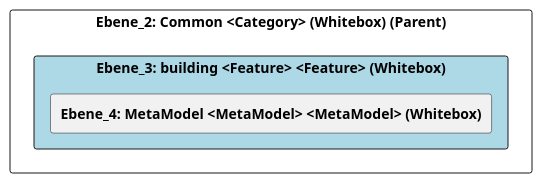
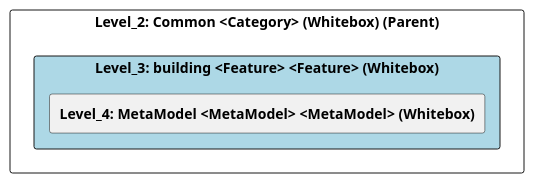
Before and after one commit to marcozwyssig/cleon: the diagram in doc/cleonproject_deliverables_architecture_model_architecture/adoc/de/05_bausteinsicht/cleon/common/building/ebene_3_building.adoc, drawn with PlantUML. The commit also changed other lines of this file and 83 other files, not shown here.

```diff
--- a/doc/cleonproject_deliverables_architecture_model_architecture/adoc/de/05_bausteinsicht/cleon/common/building/ebene_3_building.adoc
+++ b/doc/cleonproject_deliverables_architecture_model_architecture/adoc/de/05_bausteinsicht/cleon/common/building/ebene_3_building.adoc
@@ -20,24 +20,24 @@
-[plantuml, Ebene_3: building <Feature> <Feature> (Whitebox)BlockOverview, format="svg"]
+[plantuml, Level_3: building <Feature> <Feature> (Whitebox)BlockOverview, format="svg"]
 ----
-@startuml Ebene_3: building <Feature> <Feature> (Whitebox)BuildingBlockOverview
+@startuml Level_3: building <Feature> <Feature> (Whitebox)BuildingBlockOverview
 
 skinparam ranksep 10
 skinparam componentStyle rectangle
 skinparam shadowing false
 skinparam arrowColor lightblue
 skinparam arrowThickness 1.2
 skinparam rectangle {
   BackgroundColor White
   BorderColor #333
   RoundCorner 10
 }
 top to bottom direction
 
-component "Ebene_2: Common <Category> (Whitebox) (Parent)" {
-    component "Ebene_3: building <Feature> <Feature> (Whitebox)" #lightblue {
-        [**Ebene_4: MetaModel <MetaModel> <MetaModel> (Whitebox)**] as 4A56DE55_D579_11EE_903E_9F564E4DE07E
+component "Level_2: Common <Category> (Whitebox) (Parent)" {
+    component "Level_3: building <Feature> <Feature> (Whitebox)" #lightblue {
+        [**Level_4: MetaModel <MetaModel> <MetaModel> (Whitebox)**] as 4A56DE55_D579_11EE_903E_9F564E4DE07E
     }
 }
 
 @enduml
 ----
```
